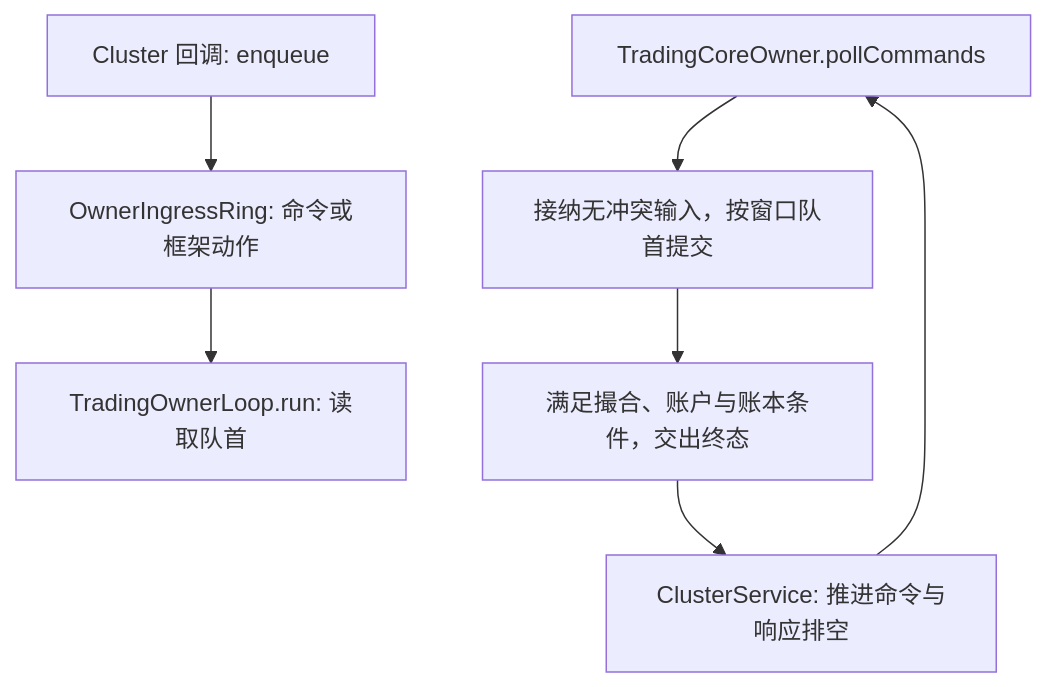
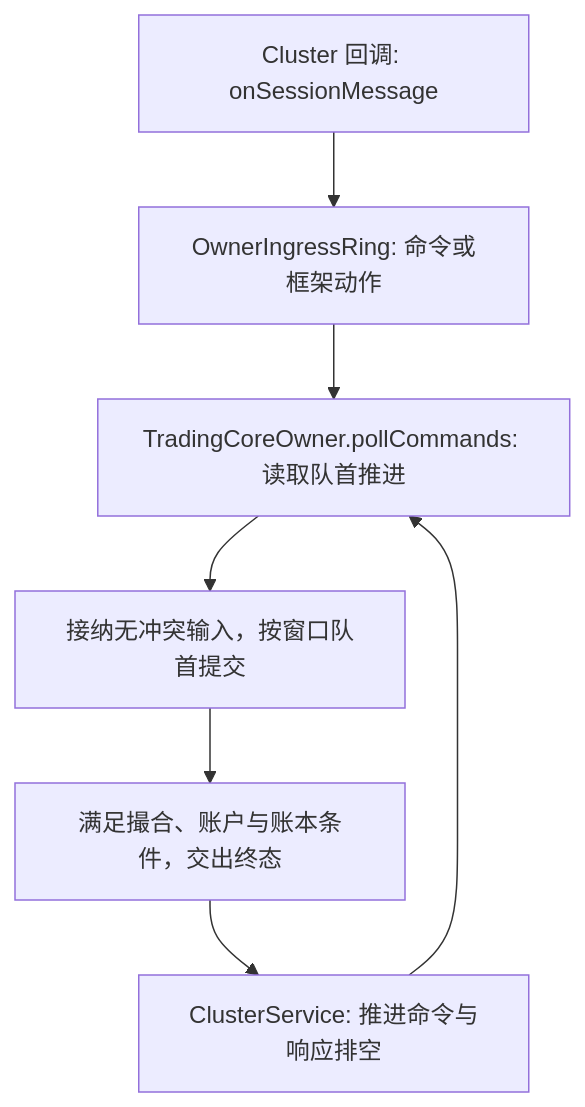
The second of 6 diagrams in surprising-aeron-core/surprising-aeron-service/README.md (lilaizhencn/surprising-ex), drawn with Mermaid before and after one commit. The commit also changed other lines of this file and 18 other files, not shown here.

````diff
--- a/surprising-aeron-core/surprising-aeron-service/README.md
+++ b/surprising-aeron-core/surprising-aeron-service/README.md
@@ -337,10 +336,9 @@
 ```mermaid
 flowchart TD
-    C[Cluster 回调: enqueue] --> I[OwnerIngressRing: 命令或框架动作]
-    I --> R[TradingOwnerLoop.run: 读取队首]
-    P[TradingCoreOwner.pollCommands]
+    C[Cluster 回调: onSessionMessage] --> I[OwnerIngressRing: 命令或框架动作]
+    I --> P[TradingCoreOwner.pollCommands: 读取队首推进]
     P --> W[接纳无冲突输入，按窗口队首提交]
     W --> E[满足撮合、账户与账本条件，交出终态]
     E --> D[ClusterService: 推进命令与响应排空]
     D --> P
 ```
````
